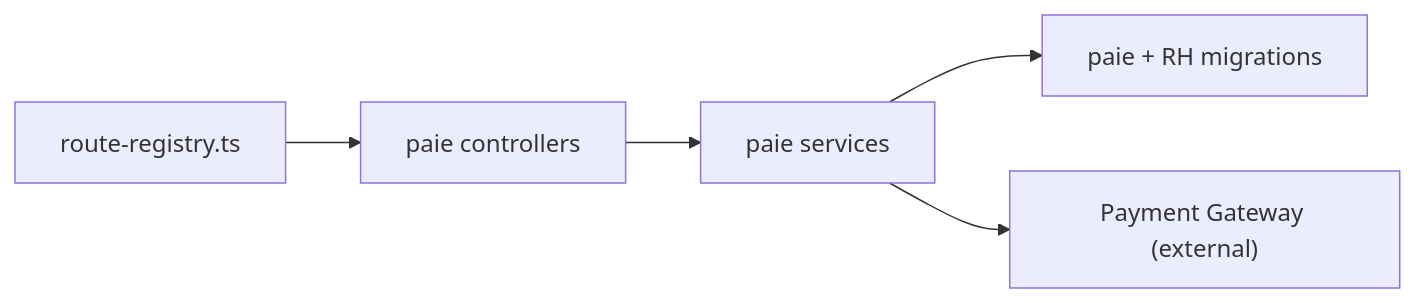
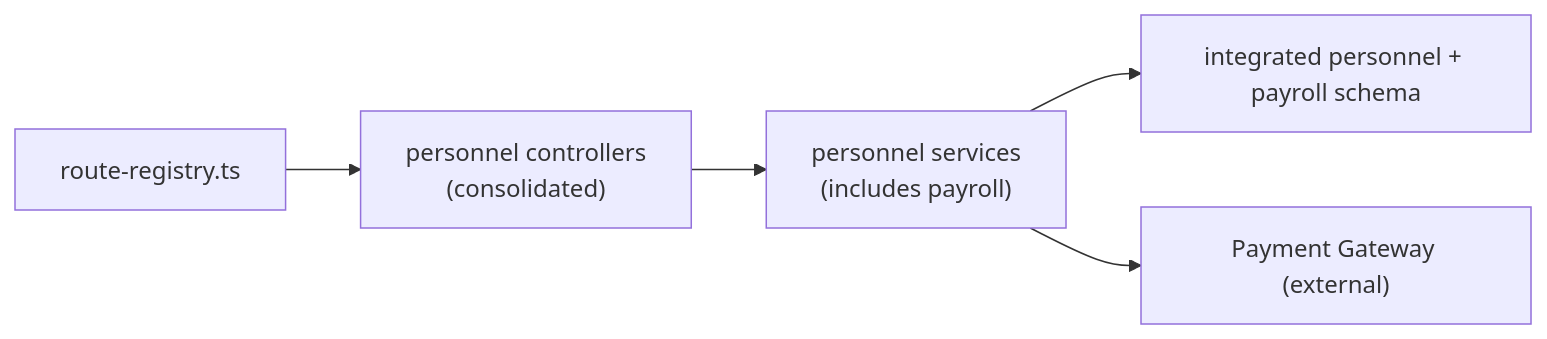
One commit to franckylab/eLISAschool changed the fourth of 5 diagrams in .qoder/repowiki/en/content/API Reference/Human Resources API/Payroll Processing API/Payroll Processing API.md. Above: the diagram before and after it, drawn with Mermaid. The commit also changed other lines of this file and 102 other files, not shown here.

````diff
--- a/.qoder/repowiki/en/content/API Reference/Human Resources API/Payroll Processing API/Payroll Processing API.md
+++ b/.qoder/repowiki/en/content/API Reference/Human Resources API/Payroll Processing API/Payroll Processing API.md
@@ -290,7 +298,7 @@
 ```mermaid
 graph LR
-Routes["route-registry.ts"] --> PaieCtrl["paie controllers"]
-PaieCtrl --> Services["paie services"]
-Services --> Schema["paie + RH migrations"]
+Routes["route-registry.ts"] --> PersonnelCtrl["personnel controllers<br/>(consolidated)"]
+PersonnelCtrl --> Services["personnel services<br/>(includes payroll)"]
+Services --> Schema["integrated personnel + payroll schema"]
 Services --> Gateway["Payment Gateway (external)"]
 ```
````
